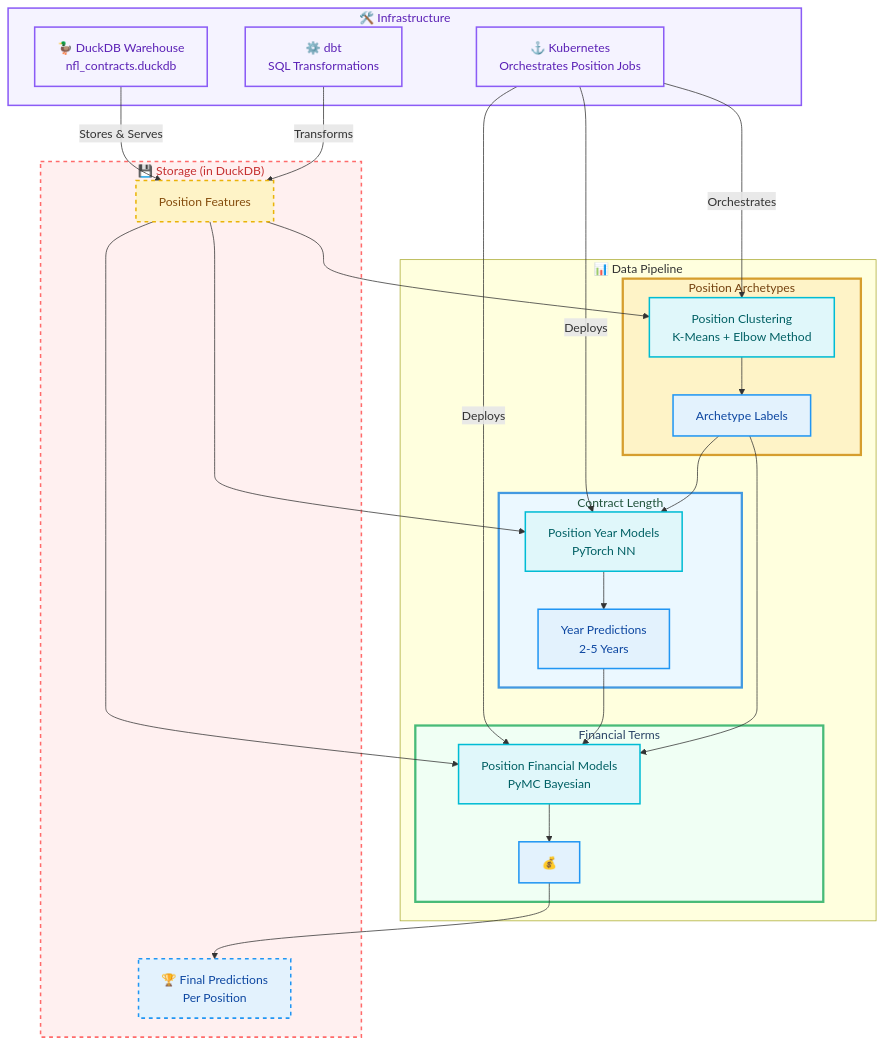
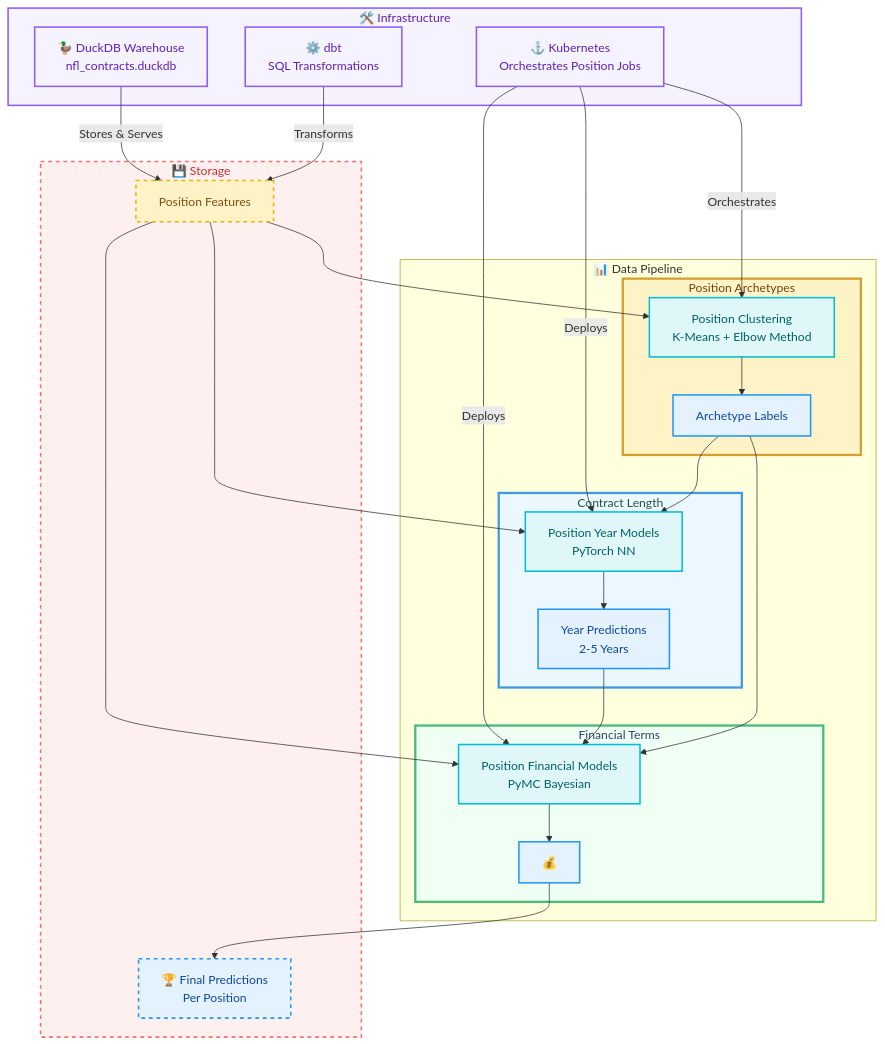
One commit to dec1costello/NFL-Market-Value-Analysis changed the diagram in README.md. Above: the diagram before and after it, drawn with Mermaid. The commit also changed other lines of this file, not shown here.

````diff
--- a/README.md
+++ b/README.md
@@ -37,76 +37,76 @@
 ```mermaid
 graph TB
  %% === STYLING ===
     classDef stage1 fill:#fef3c7,stroke:#d69e2e,stroke-width:3px,color:#744210
     classDef stage2 fill:#ebf8ff,stroke:#4299e1,stroke-width:3px,color:#22543d 
     classDef stage3 fill:#f0fff4,stroke:#48bb78,stroke-width:3px,color: #2a4365
     classDef features fill:#fef3c7,stroke:#eab308,stroke-width:2px,color:#854d0e
     classDef model fill:#e0f7fa,stroke:#00bcd4,stroke-width:2px,color:#006064
     classDef output fill:#e3f2fd,stroke:#2196f3,stroke-width:2px,color:#0d47a1
     classDef infra fill:#f5f3ff,stroke:#8b5cf6,stroke-width:2px,color:#5b21b6
     classDef storage fill:#fff0f0,stroke:#FF6B6B,stroke-width:2px,stroke-dasharray:5 5,color:#c53030
 
     %% === INFRASTRUCTURE LAYERS ===
     subgraph INFRA ["🛠️ Infrastructure"]
         DUCKDB["🦆 DuckDB Warehouse<br/>nfl_contracts.duckdb"]
         K8S["⚓ Kubernetes<br/>Orchestrates Position Jobs"]
         DBT["⚙️ dbt<br/>SQL Transformations"]
     end
 
     %% === DATA FLOW ===
     subgraph DATA_FLOW ["📊 Data Pipeline"]
         %% === STAGE 1: ARCHETYPE DISCOVERY ===
         subgraph STAGE_1 ["Position Archetypes"]
             CLUSTERING["Position Clustering<br/>K-Means + Elbow Method"]
             ARCHETYPES["Archetype Labels"]
         end
 
         %% === STAGE 2: YEAR PREDICTION ===
         subgraph STAGE_2 ["Contract Length"]
             YEAR_MODELS["Position Year Models<br/>PyTorch NN"]
             YEAR_PREDS["Year Predictions<br/>2-5 Years"]
         end
 
         %% === STAGE 3: FINANCIAL PREDICTION ===
         subgraph STAGE_3 ["Financial Terms"]
             FINANCIAL_MODELS["Position Financial Models<br/>PyMC Bayesian"]
             FINANCIAL_PREDS["💰"]
         end
     end
 
     %% === STORAGE LAYER ===
-    subgraph STORAGE ["💾 Storage (in DuckDB)"]
+    subgraph STORAGE ["💾 Storage"]
         FEATURES["Position Features<br/>"]
         RESULTS["🏆 Final Predictions<br/>Per Position"]
     end
 
     %% === CONNECTIONS ===
     %% Infrastructure → Data Flow
     DUCKDB -->|"Stores & Serves"| FEATURES
     DBT -->|"Transforms"| FEATURES
     K8S -->|"Orchestrates"| CLUSTERING
     K8S -->|"Deploys"| YEAR_MODELS
     K8S -->|"Deploys"| FINANCIAL_MODELS
 
     %% Data Pipeline Flow
     FEATURES --> CLUSTERING
     CLUSTERING --> ARCHETYPES
     ARCHETYPES --> YEAR_MODELS
     FEATURES --> YEAR_MODELS
     YEAR_MODELS --> YEAR_PREDS
     YEAR_PREDS --> FINANCIAL_MODELS
     ARCHETYPES --> FINANCIAL_MODELS
     FEATURES --> FINANCIAL_MODELS
     FINANCIAL_MODELS --> FINANCIAL_PREDS
     FINANCIAL_PREDS --> RESULTS
 
     %% === STYLES ===
     class INFRA,DUCKDB,K8S,DBT infra
     class STORAGE,FEATURES,RESULTS storage
     class STAGE_1 stage1
     class STAGE_2 stage2
     class STAGE_3 stage3
     class FEATURES features
     class CLUSTERING,YEAR_MODELS,FINANCIAL_MODELS model
     class ARCHETYPES,YEAR_PREDS,FINANCIAL_PREDS,RESULTS output;
 ```
````
